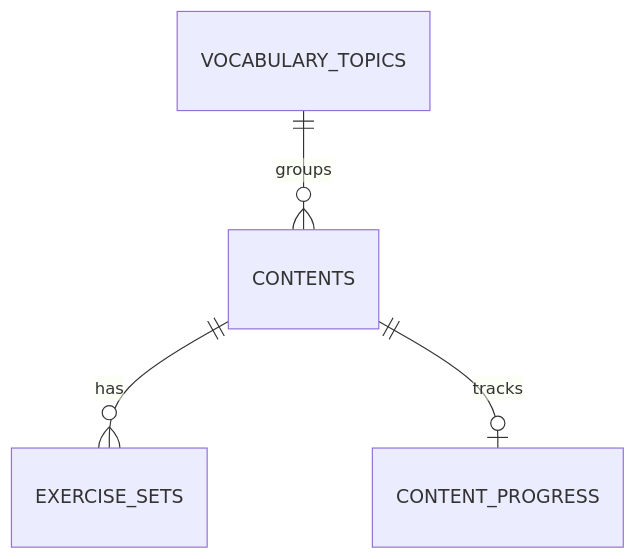
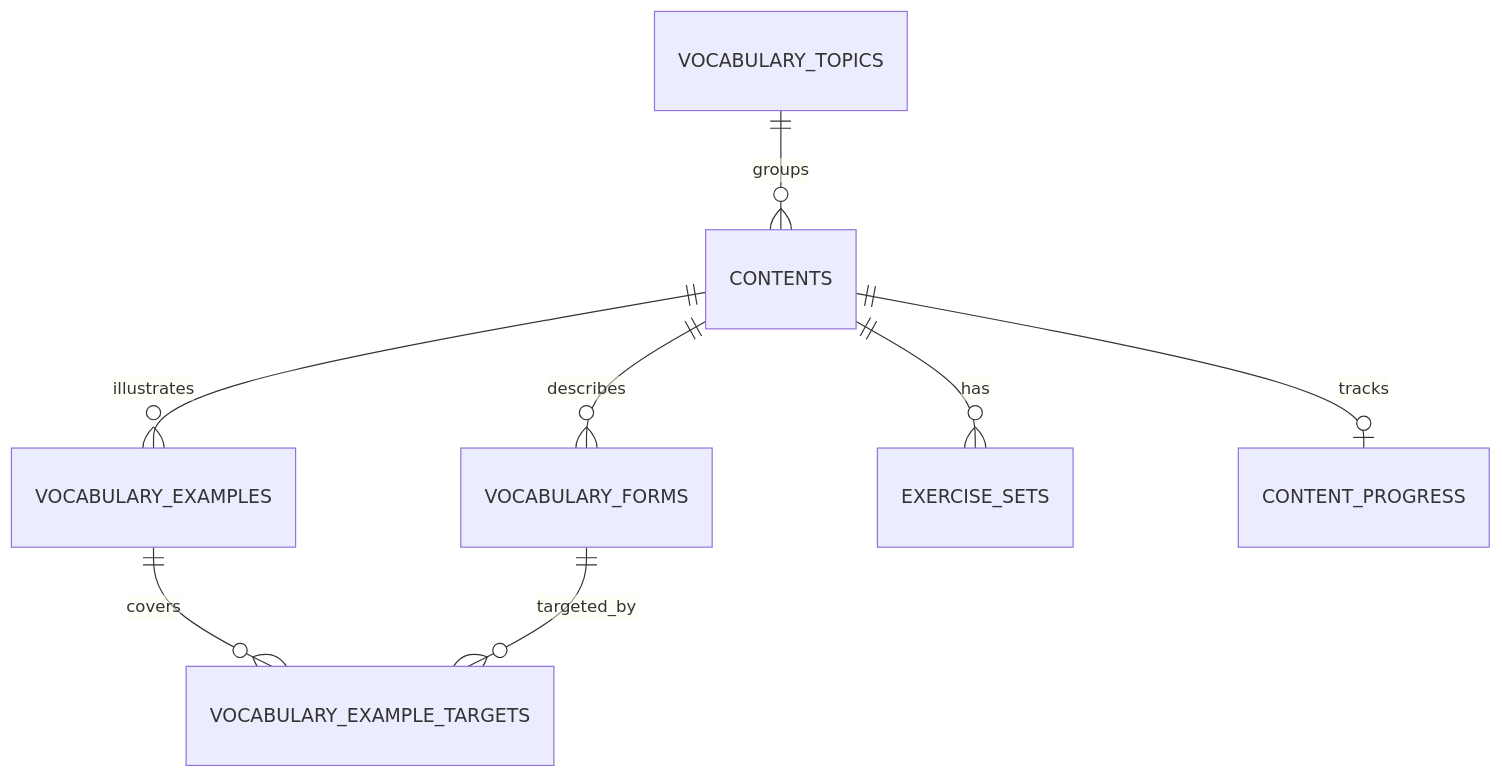
Before and after one commit to kuailoy/Convi: the diagram in docs/database-schema.md, drawn with Mermaid. The commit also changed other lines of this file and 15 other files, not shown here.

Commit message:
Add Finnish vocabulary example generation pipeline

````diff
--- a/docs/database-schema.md
+++ b/docs/database-schema.md
@@ -104,6 +142,10 @@
 ```mermaid
 erDiagram
     VOCABULARY_TOPICS ||--o{ CONTENTS : groups
+    CONTENTS ||--o{ VOCABULARY_FORMS : describes
+    CONTENTS ||--o{ VOCABULARY_EXAMPLES : illustrates
+    VOCABULARY_EXAMPLES ||--o{ VOCABULARY_EXAMPLE_TARGETS : covers
+    VOCABULARY_FORMS ||--o{ VOCABULARY_EXAMPLE_TARGETS : targeted_by
     CONTENTS ||--o{ EXERCISE_SETS : has
     CONTENTS ||--o| CONTENT_PROGRESS : tracks
 ```
````
